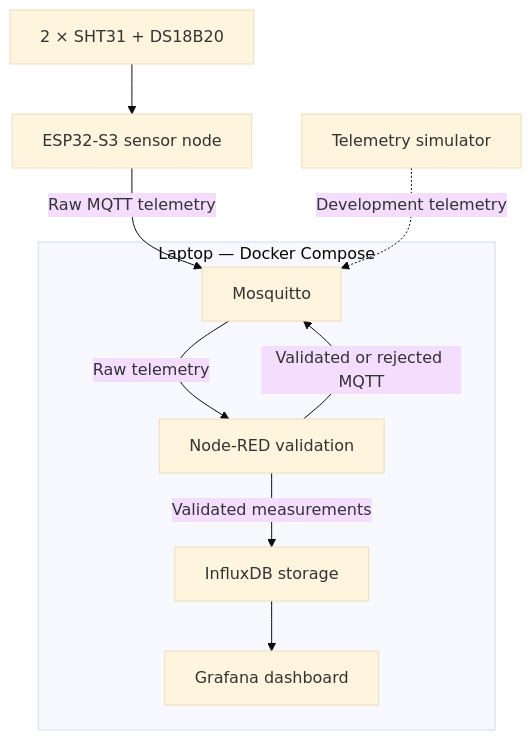
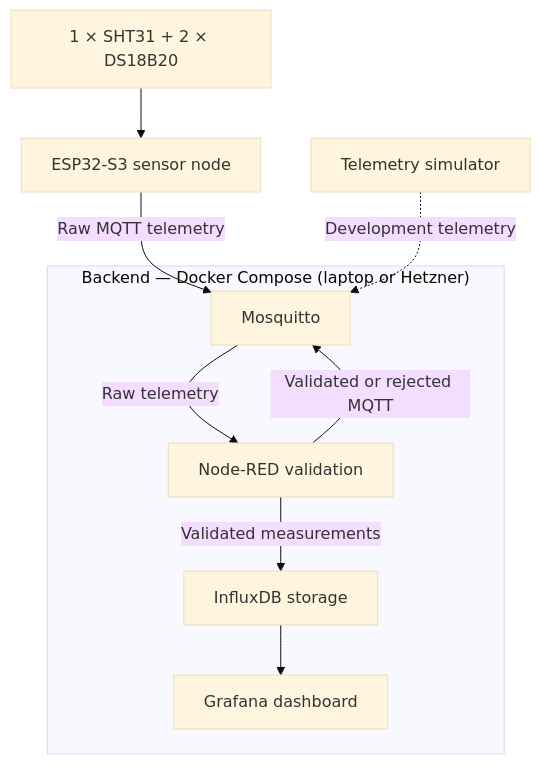
Before and after one commit to BasitMN/leaflimits-ai: the diagram in docs/architecture.md, drawn with Mermaid (base theme). The commit also changed other lines of this file, not shown here.

First line of the commit message:
docs: fix architecture.md sensor list, Hetzner port and add known limitations

````diff
--- a/docs/architecture.md
+++ b/docs/architecture.md
@@ -34,21 +36,21 @@
 ```mermaid
 flowchart TD
-    Sensors["2 × SHT31 + DS18B20"]
+    Sensors["1 × SHT31 + 2 × DS18B20"]
     ESP["ESP32-S3 sensor node"]
     Simulator["Telemetry simulator"]
 
-    subgraph Laptop["Laptop — Docker Compose"]
+    subgraph Backend["Backend — Docker Compose (laptop or Hetzner)"]
         MQTT["Mosquitto"]
         NodeRED["Node-RED validation"]
         InfluxDB["InfluxDB storage"]
         Grafana["Grafana dashboard"]
     end
 
     Sensors --> ESP
     ESP -->|"Raw MQTT telemetry"| MQTT
     Simulator -.->|"Development telemetry"| MQTT
     MQTT -->|"Raw telemetry"| NodeRED
     NodeRED -->|"Validated or rejected MQTT"| MQTT
     NodeRED -->|"Validated measurements"| InfluxDB
     InfluxDB --> Grafana
 ```
````
